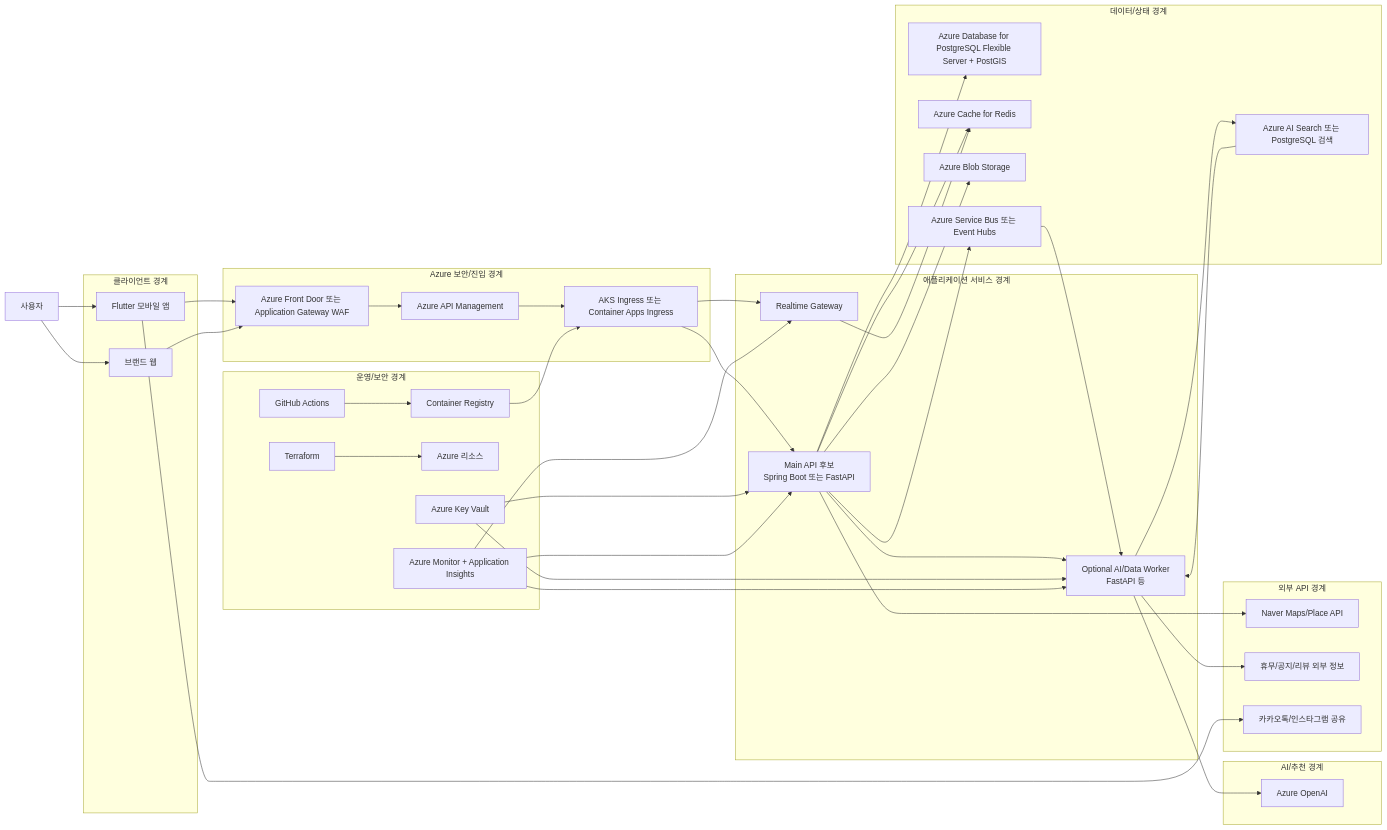
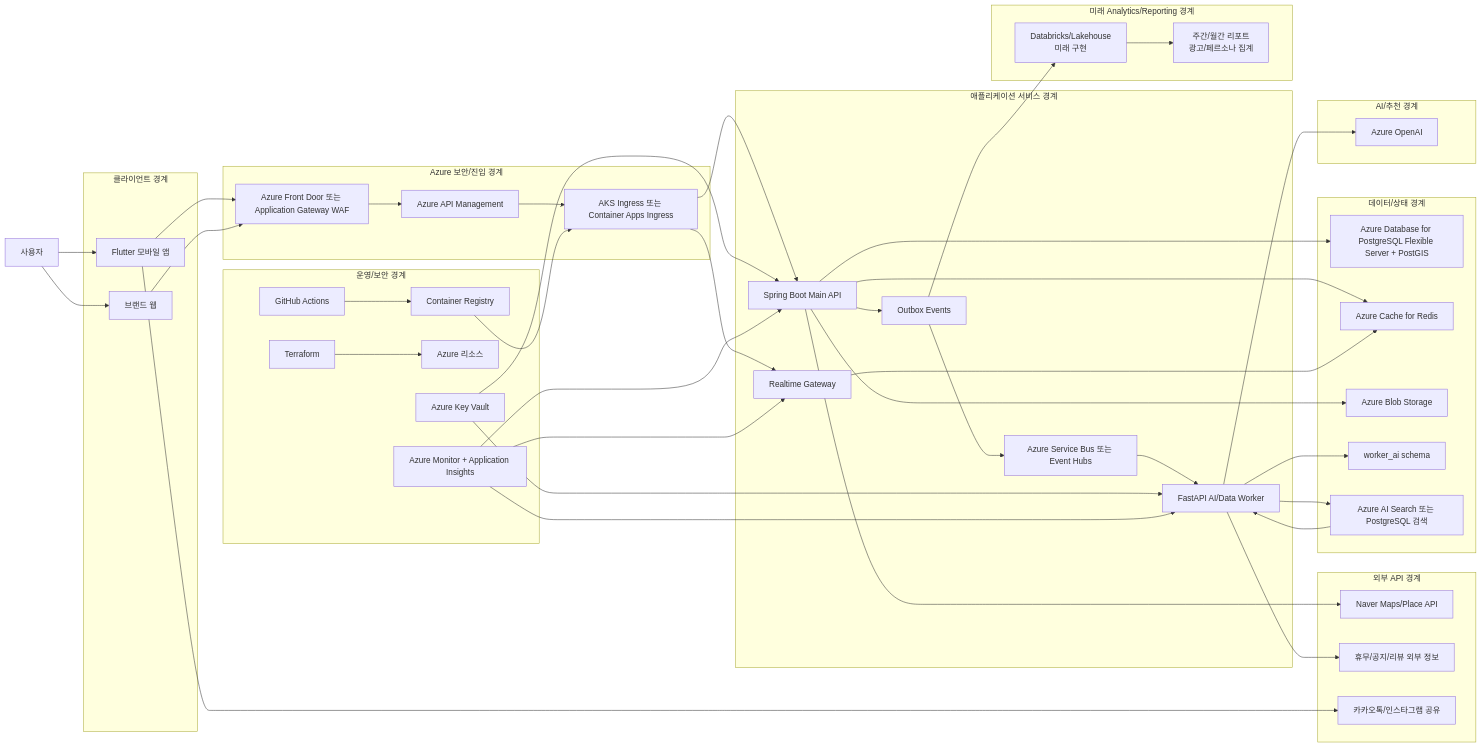
Before and after one commit to Onieum/ONMU: the first of 3 diagrams in docs/architecture/current-architecture-diagram.md, drawn with Mermaid. The commit also changed other lines of this file and 21 other files, not shown here.

````diff
--- a/docs/architecture/current-architecture-diagram.md
+++ b/docs/architecture/current-architecture-diagram.md
@@ -31,56 +33,62 @@
 ```mermaid
 flowchart LR
     user["사용자"] --> mobile["Flutter 모바일 앱"]
     user --> web["브랜드 웹"]
 
     subgraph client["클라이언트 경계"]
         mobile
         web
     end
 
     mobile --> edge["Azure Front Door 또는 Application Gateway WAF"]
     web --> edge
 
     subgraph azureEdge["Azure 보안/진입 경계"]
         edge --> apim["Azure API Management"]
         apim --> ingress["AKS Ingress 또는 Container Apps Ingress"]
     end
 
     subgraph app["애플리케이션 서비스 경계"]
-        ingress --> mainApi["Main API 후보\nSpring Boot 또는 FastAPI"]
+        ingress --> mainApi["Spring Boot Main API"]
         ingress --> realtime["Realtime Gateway"]
-        mainApi --> worker["Optional AI/Data Worker\nFastAPI 등"]
+        mainApi --> outbox["Outbox Events"]
+        outbox --> bus["Azure Service Bus 또는 Event Hubs"]
+        bus --> worker["FastAPI AI/Data Worker"]
     end
 
     subgraph data["데이터/상태 경계"]
         mainApi --> postgres["Azure Database for PostgreSQL Flexible Server + PostGIS"]
         mainApi --> redis["Azure Cache for Redis"]
         mainApi --> blob["Azure Blob Storage"]
         realtime --> redis
-        mainApi --> bus["Azure Service Bus 또는 Event Hubs"]
-        bus --> worker
+        worker --> workerSchema["worker_ai schema"]
         worker --> search["Azure AI Search 또는 PostgreSQL 검색"]
     end
 
     subgraph ai["AI/추천 경계"]
         worker --> openai["Azure OpenAI"]
         search --> worker
+    end
+
+    subgraph analytics["미래 Analytics/Reporting 경계"]
+        outbox --> lakehouse["Databricks/Lakehouse\n미래 구현"]
+        lakehouse --> reports["주간/월간 리포트\n광고/페르소나 집계"]
     end
 
     subgraph external["외부 API 경계"]
         mainApi --> naver["Naver Maps/Place API"]
         worker --> publicInfo["휴무/공지/리뷰 외부 정보"]
         mobile --> share["카카오톡/인스타그램 공유"]
     end
 
     subgraph ops["운영/보안 경계"]
         github["GitHub Actions"] --> registry["Container Registry"]
         registry --> ingress
         terraform["Terraform"] --> azureInfra["Azure 리소스"]
         keyvault["Azure Key Vault"] --> mainApi
         keyvault --> worker
         monitor["Azure Monitor + Application Insights"] --> mainApi
         monitor --> worker
         monitor --> realtime
     end
 ```
````
